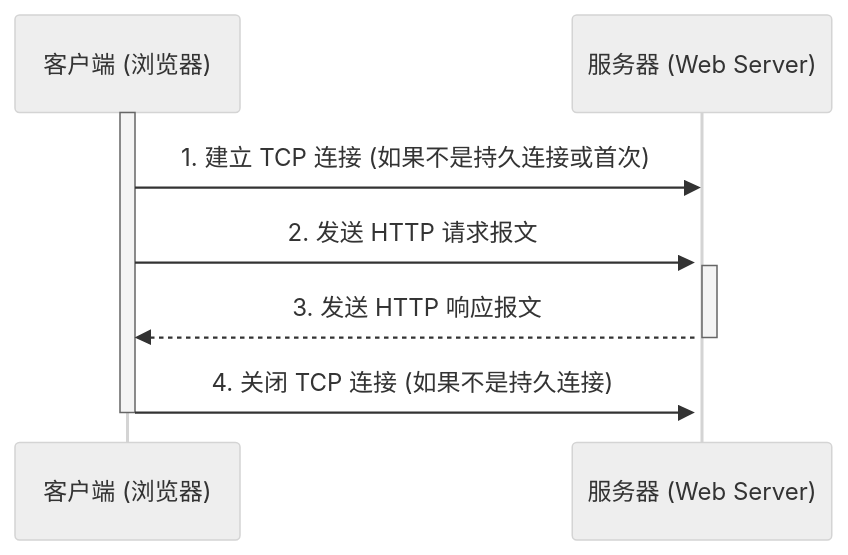
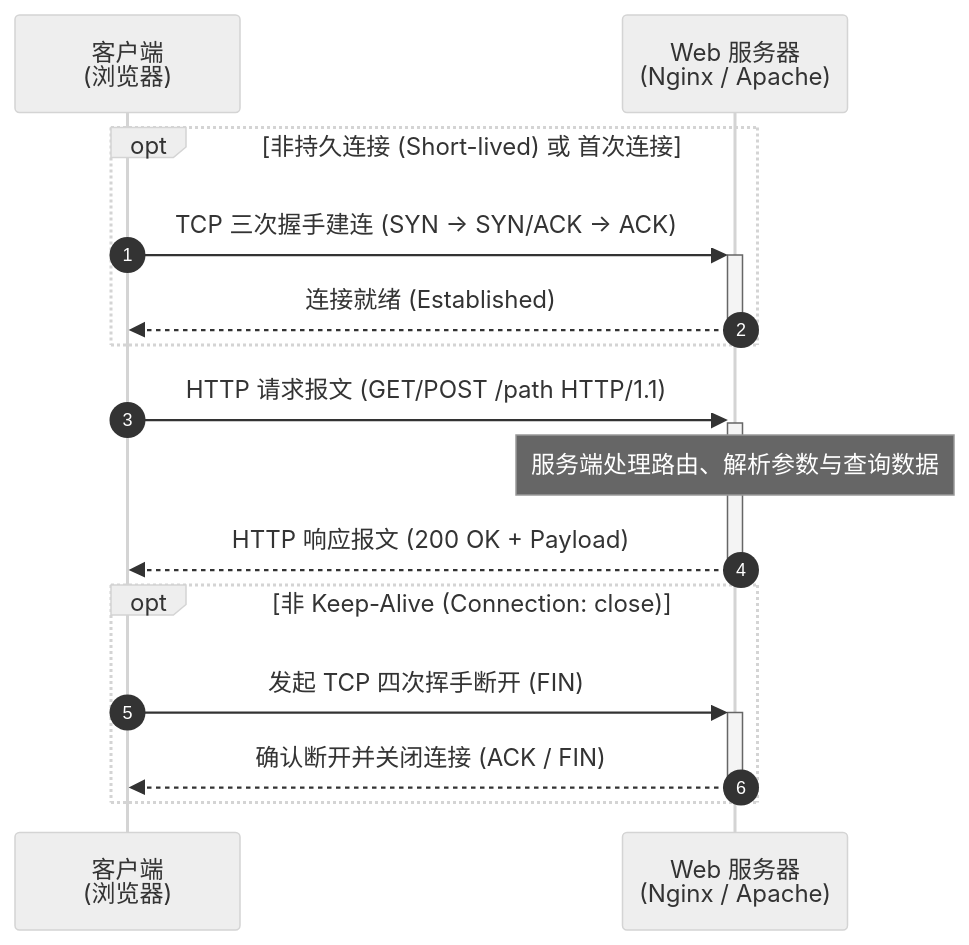
One commit to teatang/t-blog changed the diagram in source/_posts/2023/2023-03-23_HTTP 1.1 协议深度详解：Web 通信的基石.md. Above: the diagram before and after it, drawn with Mermaid (neutral theme). The commit also changed 26 other files, not shown here.

```diff
--- a/source/_posts/2023/2023-03-23_HTTP 1.1 协议深度详解：Web 通信的基石.md
+++ b/source/_posts/2023/2023-03-23_HTTP 1.1 协议深度详解：Web 通信的基石.md
@@ -48,15 +48,20 @@
 {% mermaid %}
 sequenceDiagram
-    participant C as 客户端 (浏览器)
-    participant S as 服务器 (Web Server)
+    autonumber
+    participant C as 客户端<br/>(浏览器)
+    participant S as Web 服务器<br/>(Nginx / Apache)
 
-    activate C
-    C->>S: 1. 建立 TCP 连接 (如果不是持久连接或首次)
-    activate S
-    C->>S: 2. 发送 HTTP 请求报文
-    activate S
-    S-->>C: 3. 发送 HTTP 响应报文
-    deactivate S
-    C->>S: 4. 关闭 TCP 连接 (如果不是持久连接)
-    deactivate C
+    opt 非持久连接 (Short-lived) 或 首次连接
+        C->>+S: TCP 三次握手建连 (SYN -> SYN/ACK -> ACK)
+        S-->>-C: 连接就绪 (Established)
+    end
+
+    C->>+S: HTTP 请求报文 (GET/POST /path HTTP/1.1)
+    Note over S: 服务端处理路由、解析参数与查询数据
+    S-->>-C: HTTP 响应报文 (200 OK + Payload)
+
+    opt 非 Keep-Alive (Connection: close)
+        C->>+S: 发起 TCP 四次挥手断开 (FIN)
+        S-->>-C: 确认断开并关闭连接 (ACK / FIN)
+    end
 {% endmermaid %}
```
